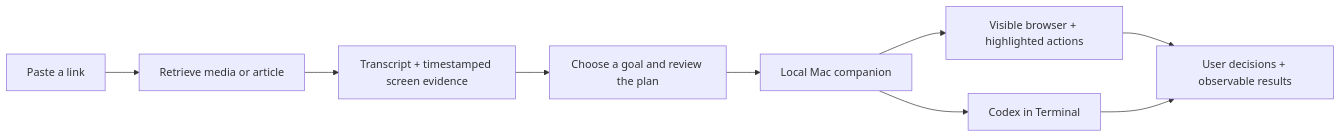
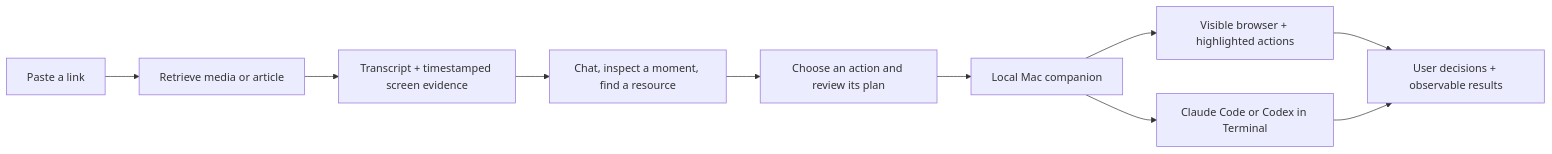
One commit to kaantaskentt/Send-me-reel changed the diagram in README.md. Above: the diagram before and after it, drawn with Mermaid. The commit also changed other lines of this file and 23 other files, not shown here.

````diff
--- a/README.md
+++ b/README.md
@@ -9,11 +9,12 @@
 ```mermaid
 flowchart LR
   A[Paste a link] --> B[Retrieve media or article]
   B --> C[Transcript + timestamped screen evidence]
-  C --> D[Choose a goal and review the plan]
+  C --> Q[Chat, inspect a moment, find a resource]
+  Q --> D[Choose an action and review its plan]
   D --> E[Local Mac companion]
   E --> F[Visible browser + highlighted actions]
-  E --> G[Codex in Terminal]
+  E --> G[Claude Code or Codex in Terminal]
   F --> H[User decisions + observable results]
   G --> H
 ```
````
